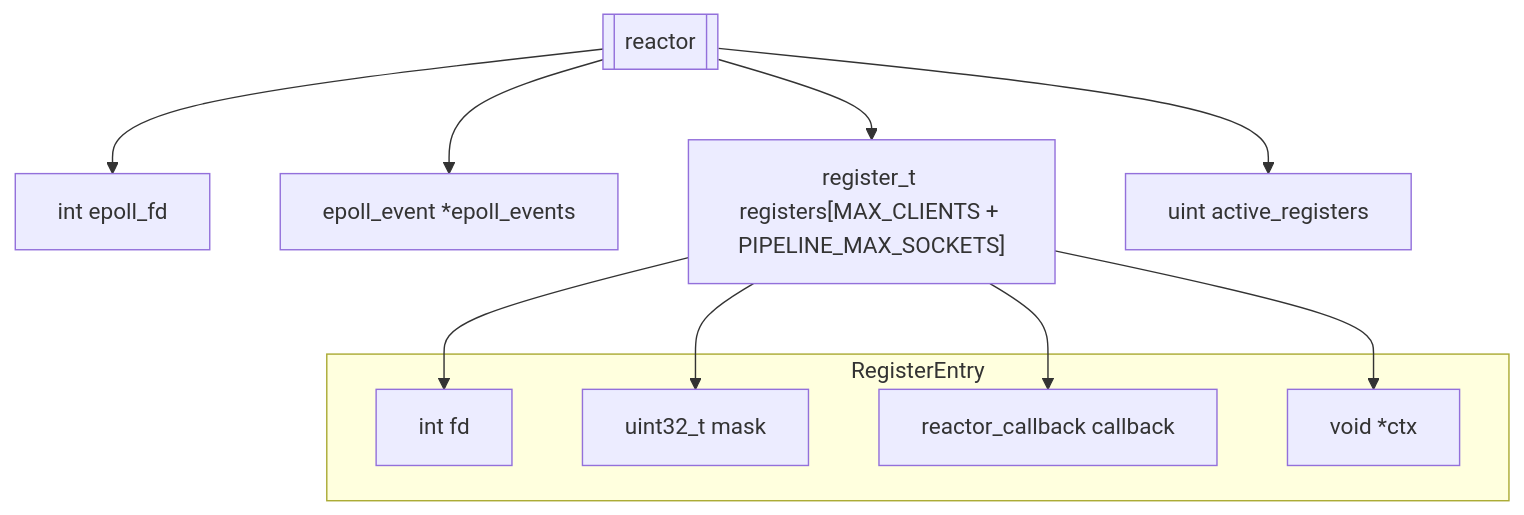
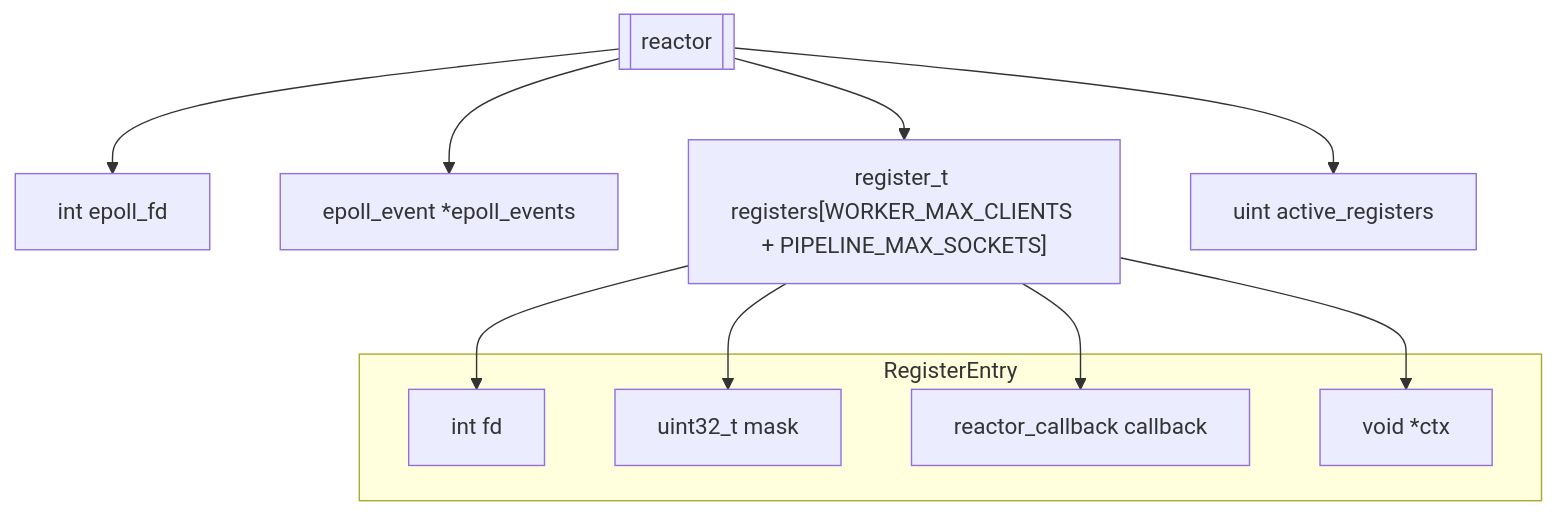
One commit to RomanHorshkov/HomeServer changed the seventh of 11 diagrams in README.md. Above: the diagram before and after it, drawn with Mermaid. The commit also changed other lines of this file and 30 other files, not shown here.

````diff
--- a/README.md
+++ b/README.md
@@ -533,21 +533,21 @@
 ```mermaid
 flowchart TD
     reactor_struct[[reactor]]
 
     reactor_struct --> epoll_fd["int epoll_fd"]
     reactor_struct --> events["epoll_event *epoll_events"]
-    reactor_struct --> registers["register_t registers[MAX_CLIENTS + PIPELINE_MAX_SOCKETS]"]
+    reactor_struct --> registers["register_t registers[WORKER_MAX_CLIENTS + PIPELINE_MAX_SOCKETS]"]
     reactor_struct --> register_count["uint active_registers"]
 
     subgraph RegisterEntry
         reg_fd["int fd"]
         mask["uint32_t mask"]
         cb["reactor_callback callback"]
         ctx["void *ctx"]
     end
 
     registers --> reg_fd
     registers --> mask
     registers --> cb
     registers --> ctx
 ```
````
